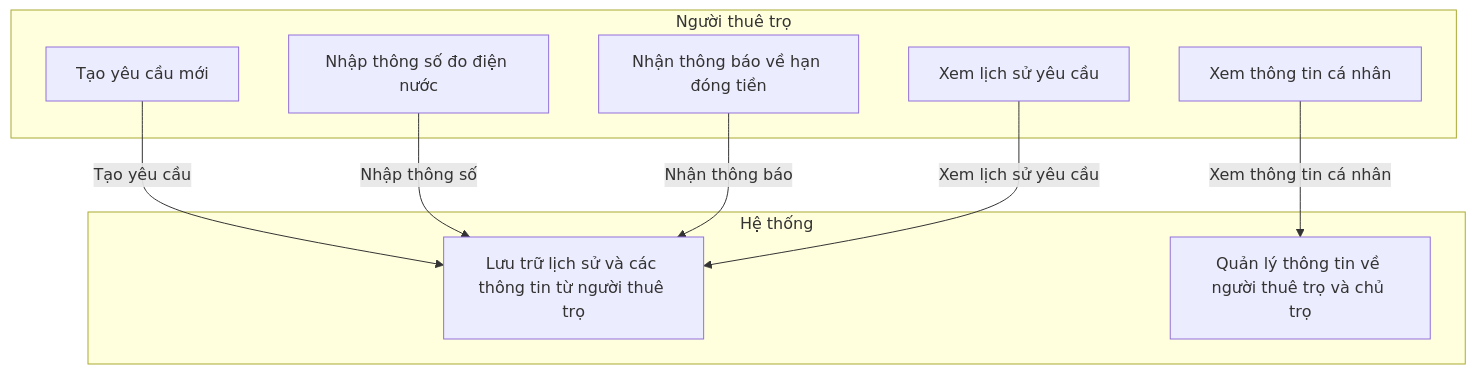
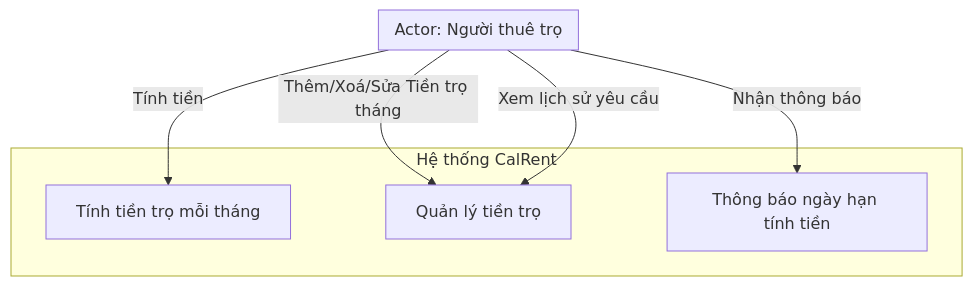
One commit to Katz-Team/CalRent changed the third of 7 diagrams in calculateRent/Docs/software_modeling.md. Above: the diagram before and after it, drawn with Mermaid. The commit also changed other lines of this file, not shown here.

````diff
--- a/calculateRent/Docs/software_modeling.md
+++ b/calculateRent/Docs/software_modeling.md
@@ -42,21 +42,16 @@
 ```mermaid
   graph TD
-    subgraph "Người thuê trọ"
-        UT1[Tạo yêu cầu mới]
-        UT2[Nhập thông số đo điện nước]
-        UT3[Nhận thông báo về hạn đóng tiền]
-        UT4[Xem lịch sử yêu cầu]
-        UT5[Xem thông tin cá nhân]
+    subgraph UT["Actor: Người thuê trọ"]
     end
 
-    subgraph "Hệ thống"
-        SS1[Lưu trữ lịch sử và các thông tin từ người thuê trọ]
-        SS2[Quản lý thông tin về người thuê trọ và chủ trọ]
+    subgraph "Hệ thống CalRent"
+        SS0["Tính tiền trọ mỗi tháng"]
+        SS1["Quản lý tiền trọ"]
+        SS2["Thông báo ngày hạn tính tiền"]
     end
 
-    UT1 -->|Tạo yêu cầu| SS1
-    UT2 -->|Nhập thông số| SS1
-    UT3 -->|Nhận thông báo| SS1
-    UT4 -->|Xem lịch sử yêu cầu| SS1
-    UT5 -->|Xem thông tin cá nhân| SS2
+    UT -->|Thêm/Xoá/Sửa Tiền trọ tháng| SS1
+    UT -->|Xem lịch sử yêu cầu| SS1
+    UT -->|Nhận thông báo| SS2
+    UT --> |Tính tiền| SS0
 ```
````
